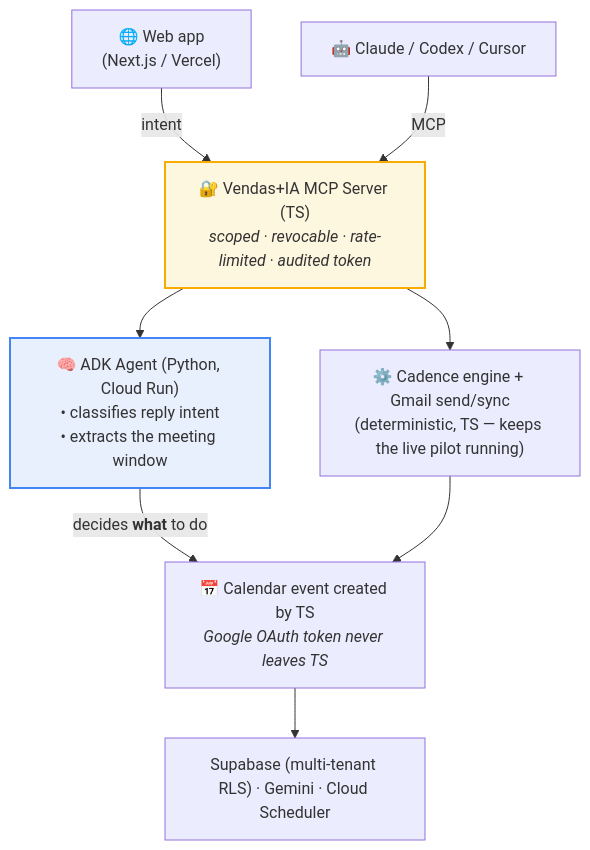
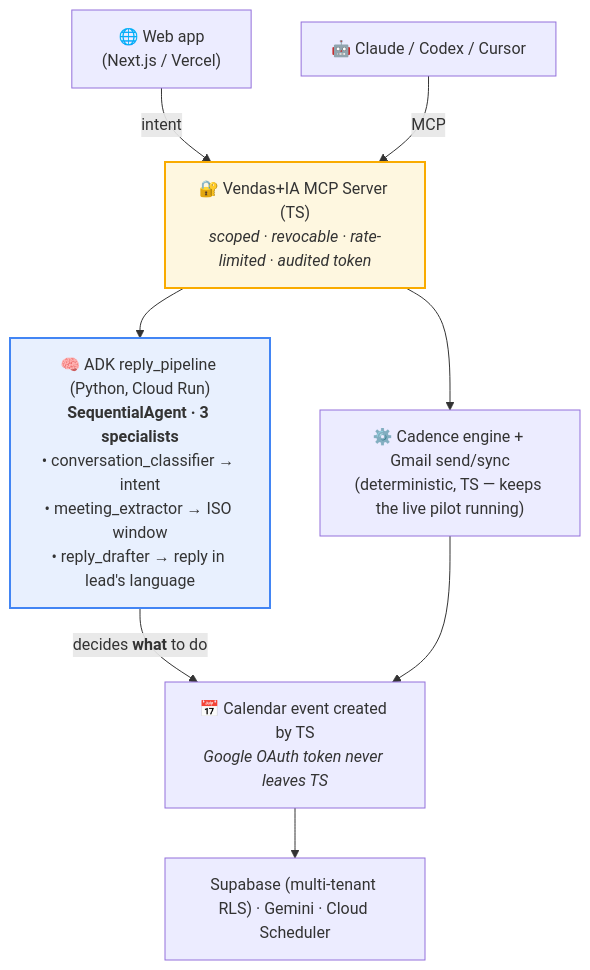
The diagram in README.md (oetnegro/vendas-ia), drawn with Mermaid before and after one commit. The commit also changed other lines of this file and 2 other files, not shown here.

First line of the commit message:
docs: add reviewer guide and document the multi-agent reply pipeline

````diff
--- a/README.md
+++ b/README.md
@@ -23,19 +33,19 @@
 ```mermaid
 flowchart TD
     A["🌐 Web app<br/>(Next.js / Vercel)"] -->|intent| C
     B["🤖 Claude / Codex / Cursor"] -->|MCP| C
     C["🔐 Vendas+IA MCP Server (TS)<br/><i>scoped · revocable · rate-limited · audited token</i>"]
 
     C --> D["⚙️ Cadence engine + Gmail send/sync<br/>(deterministic, TS — keeps the live pilot running)"]
-    C --> E["🧠 ADK Agent (Python, Cloud Run)<br/>• classifies reply intent<br/>• extracts the meeting window"]
+    C --> E["🧠 ADK reply_pipeline (Python, Cloud Run)<br/><b>SequentialAgent · 3 specialists</b><br/>• conversation_classifier → intent<br/>• meeting_extractor → ISO window<br/>• reply_drafter → reply in lead's language"]
 
     E -->|decides <b>what</b> to do| F["📅 Calendar event created by TS<br/><i>Google OAuth token never leaves TS</i>"]
     D --> F
 
     F --> G["Supabase (multi-tenant RLS) · Gemini · Cloud Scheduler"]
 
     classDef brain fill:#e8f0fe,stroke:#4285f4,stroke-width:2px;
     classDef sec fill:#fef7e0,stroke:#f9ab00,stroke-width:2px;
     class E brain;
     class C sec;
 ```
````
